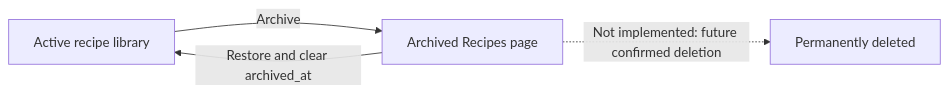
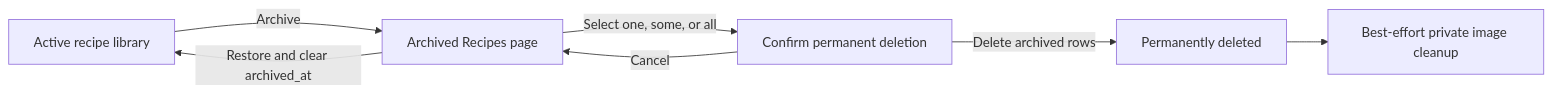
One commit to zzdlklzz/pocket-plates changed the third of 4 diagrams in docs/ARCHITECTURE.md. Above: the diagram before and after it, drawn with Mermaid. The commit also changed other lines of this file and 19 other files, not shown here.

````diff
--- a/docs/ARCHITECTURE.md
+++ b/docs/ARCHITECTURE.md
@@ -275,6 +280,9 @@
 ```mermaid
 flowchart LR
     active["Active recipe library"] -->|Archive| archived["Archived Recipes page"]
     archived -->|Restore and clear archived_at| active
-    archived -.->|Not implemented: future confirmed deletion| deleted["Permanently deleted"]
+    archived -->|Select one, some, or all| confirm["Confirm permanent deletion"]
+    confirm -->|Cancel| archived
+    confirm -->|Delete archived rows| deleted["Permanently deleted"]
+    deleted --> cleanup["Best-effort private image cleanup"]
 ```
````
